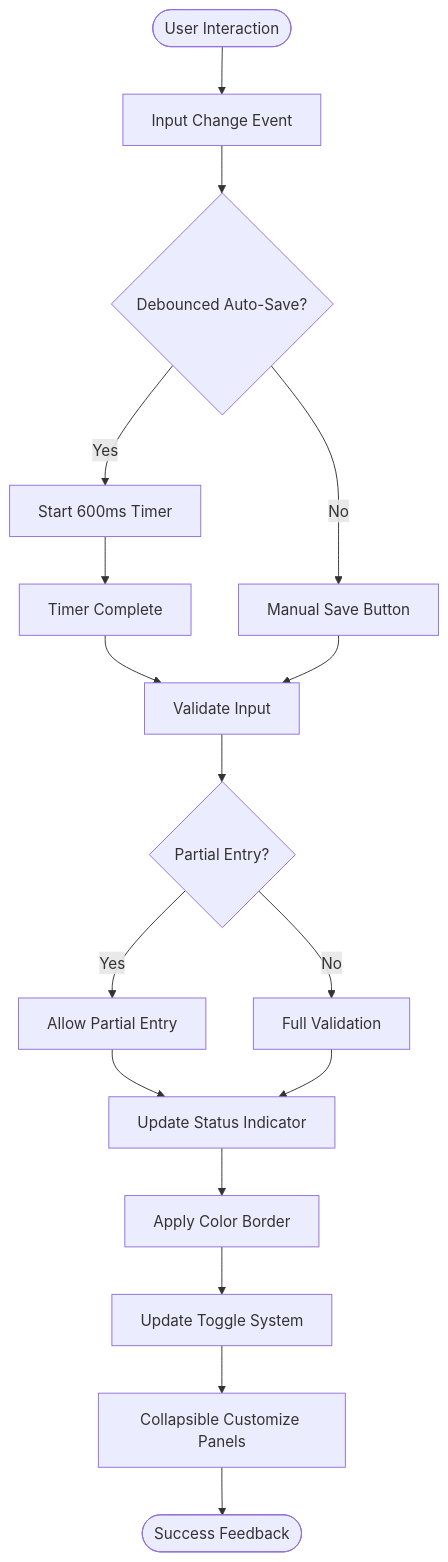
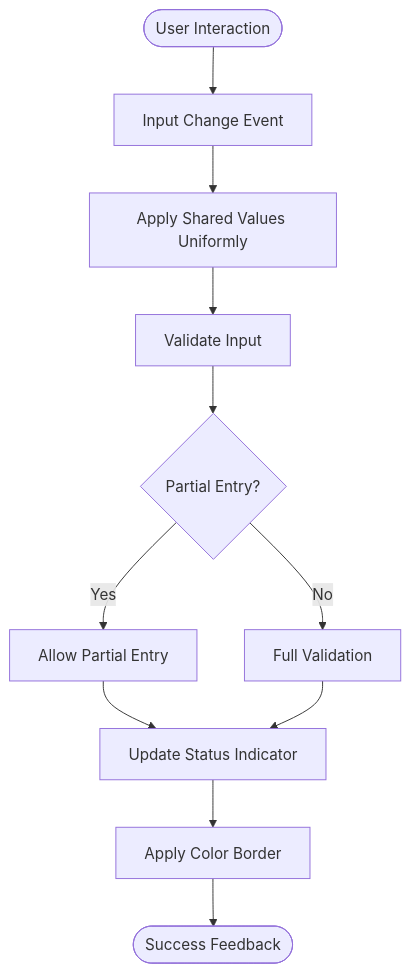
One commit to RobertRuas/windlog changed the fourth of 6 diagrams in .qoder/repowiki/en/content/Arquitetura Frontend/Timesheet Semanal - Interface Frontend.md. Above: the diagram before and after it, drawn with Mermaid. The commit also changed other lines of this file and 100 other files, not shown here.

````diff
--- a/.qoder/repowiki/en/content/Arquitetura Frontend/Timesheet Semanal - Interface Frontend.md
+++ b/.qoder/repowiki/en/content/Arquitetura Frontend/Timesheet Semanal - Interface Frontend.md
@@ -223,19 +220,13 @@
 ```mermaid
 flowchart TD
 Start([User Interaction]) --> InputChange["Input Change Event"]
-InputChange --> DebounceCheck{"Debounced Auto-Save?"}
-DebounceCheck --> |Yes| StartTimer["Start 600ms Timer"]
-DebounceCheck --> |No| ManualSave["Manual Save Button"]
-StartTimer --> TimerComplete["Timer Complete"]
-TimerComplete --> ValidateInput["Validate Input"]
-ManualSave --> ValidateInput
+InputChange --> SharedValues["Apply Shared Values Uniformly"]
+SharedValues --> ValidateInput["Validate Input"]
 ValidateInput --> PartialCheck{"Partial Entry?"}
 PartialCheck --> |Yes| AllowEntry["Allow Partial Entry"]
 PartialCheck --> |No| FullValidation["Full Validation"]
 AllowEntry --> UpdateStatus["Update Status Indicator"]
 FullValidation --> UpdateStatus
 UpdateStatus --> ColorCode["Apply Color Border"]
-ColorCode --> ToggleSystem["Update Toggle System"]
-ToggleSystem --> CollapsiblePanels["Collapsible Customize Panels"]
-CollapsiblePanels --> Success(["Success Feedback"])
+ColorCode --> Success(["Success Feedback"])
 ```
````
